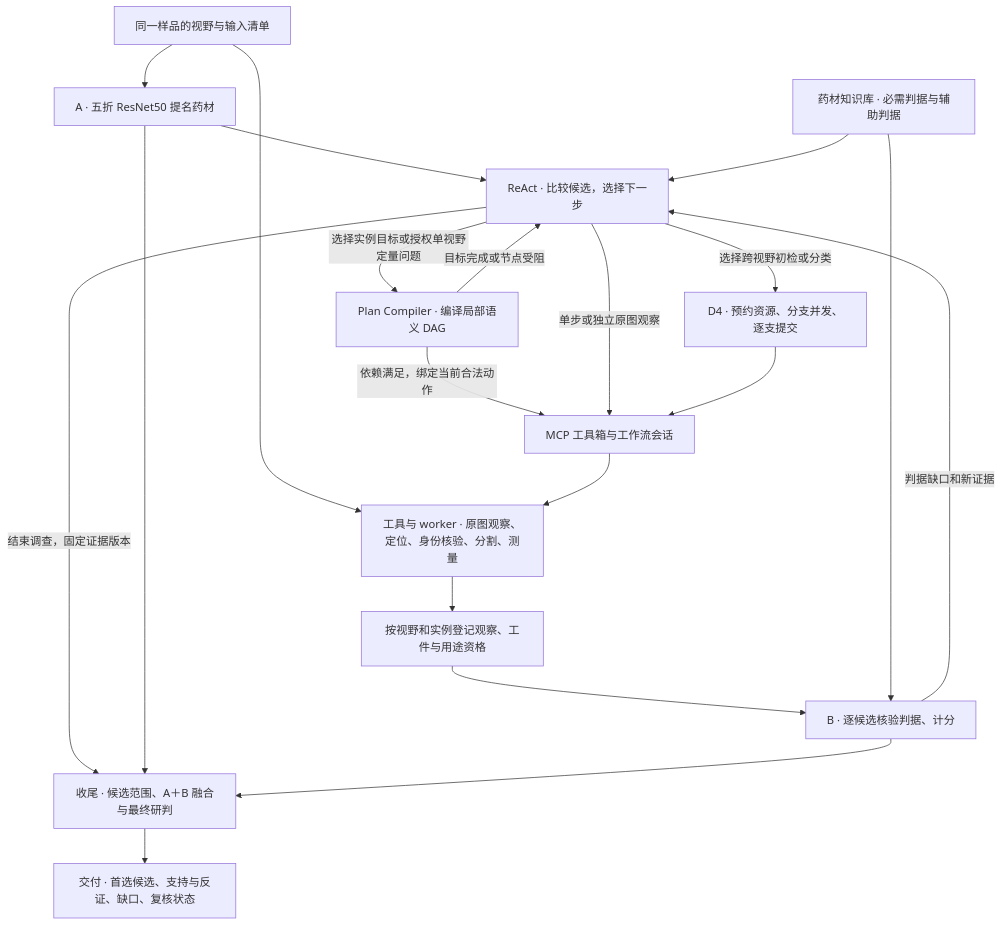
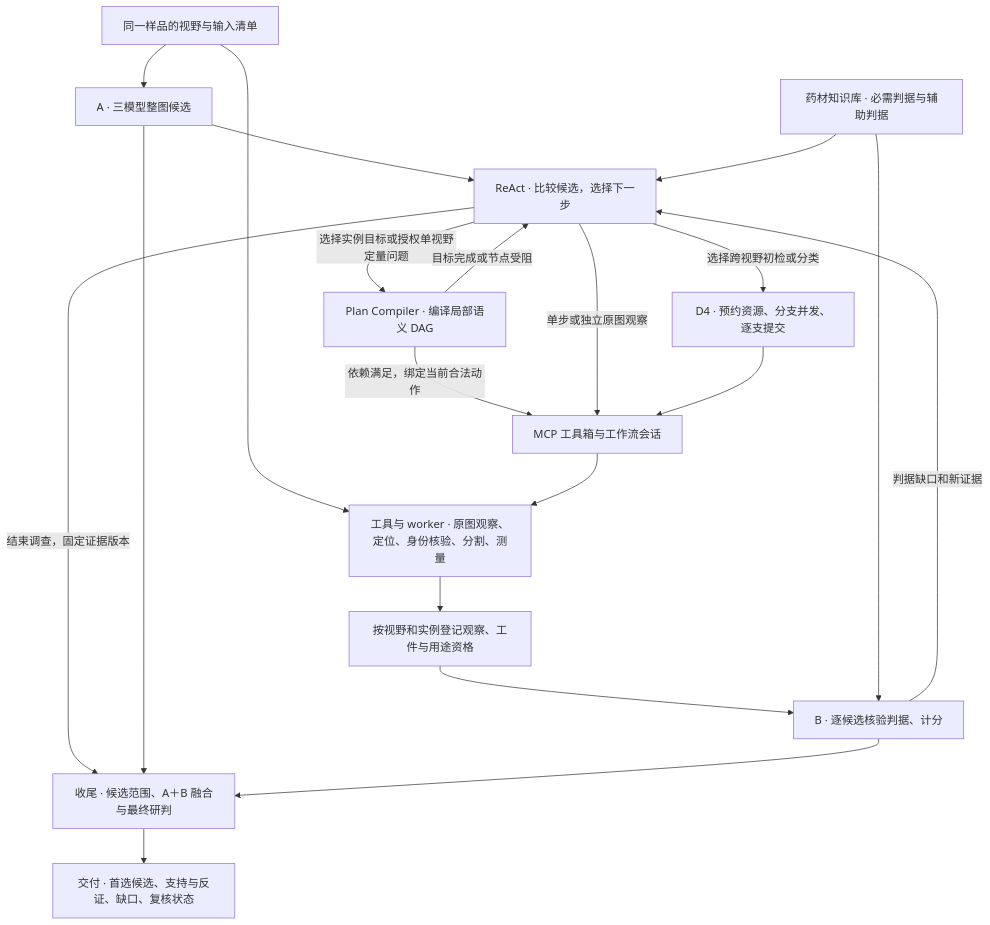
Before and after one commit to gamstek/TCM-Fussion: the diagram in README.md, drawn with Mermaid. The commit also changed other lines of this file and 303 other files, not shown here.

````diff
--- a/README.md
+++ b/README.md
@@ -13,22 +13,22 @@
 ```mermaid
 flowchart TD
-    I["同一样品的视野与输入清单"] --> A["A · 五折 ResNet50 提名药材"]
+    I["同一样品的视野与输入清单"] --> A["A · 三模型整图候选"]
     A --> R["ReAct · 比较候选，选择下一步"]
     K["药材知识库 · 必需判据与辅助判据"] --> R
     I --> W["工具与 worker · 原图观察、定位、身份核验、分割、测量"]
     R -->|"选择实例目标或授权单视野定量问题"| C["Plan Compiler · 编译局部语义 DAG"]
     C -->|"依赖满足，绑定当前合法动作"| T["MCP 工具箱与工作流会话"]
     C -->|"目标完成或节点受阻"| R
     R -->|"单步或独立原图观察"| T
     R -->|"选择跨视野初检或分类"| D["D4 · 预约资源、分支并发、逐支提交"]
     D --> T
     T --> W
     W --> E["按视野和实例登记观察、工件与用途资格"]
     E --> B["B · 逐候选核验判据、计分"]
     K --> B
     B -->|"判据缺口和新证据"| R
     R -->|"结束调查，固定证据版本"| F["收尾 · 候选范围、A＋B 融合与最终研判"]
     A --> F
     B --> F
     F --> O["交付 · 首选候选、支持与反证、缺口、复核状态"]
 ```
````
